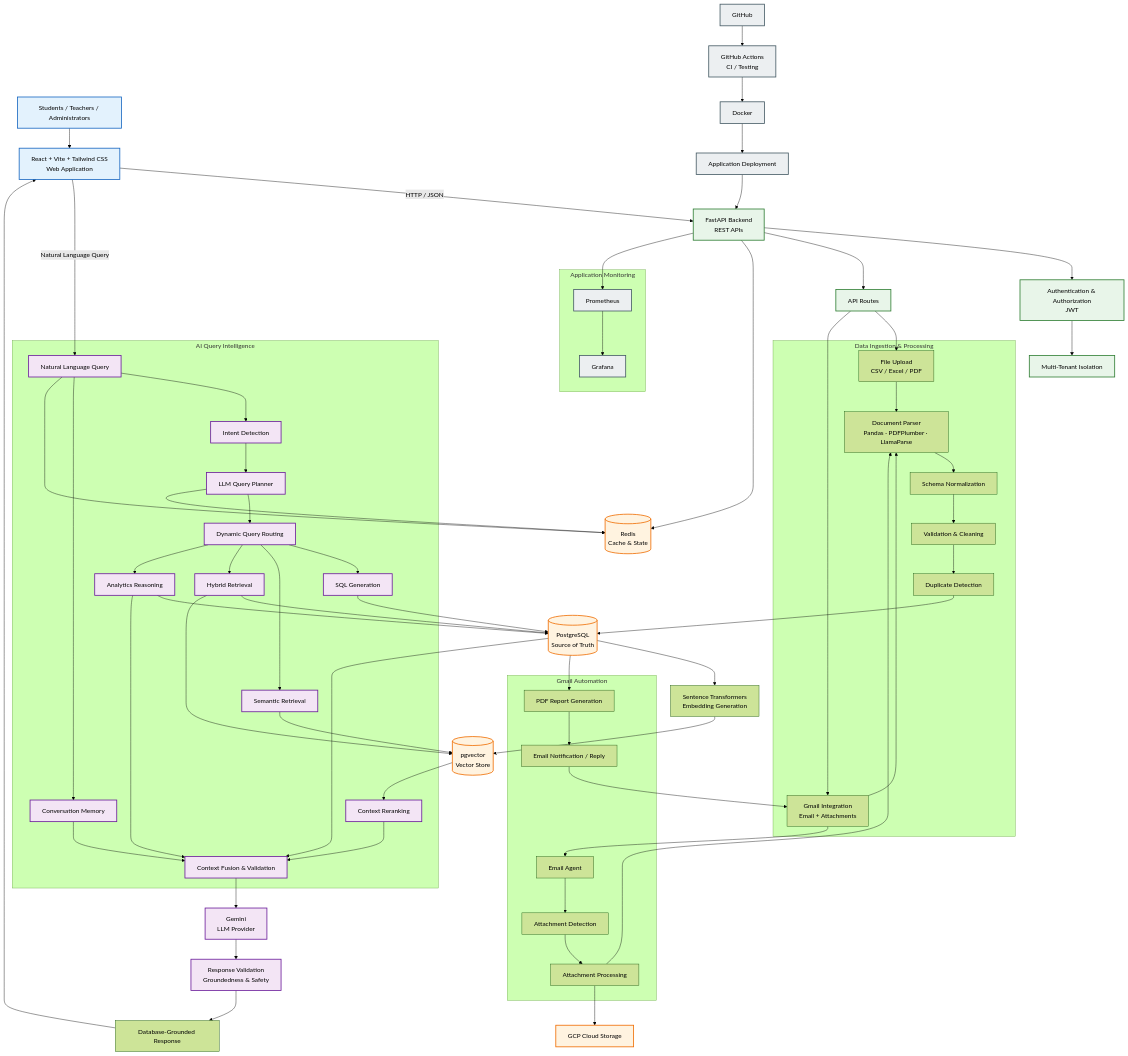
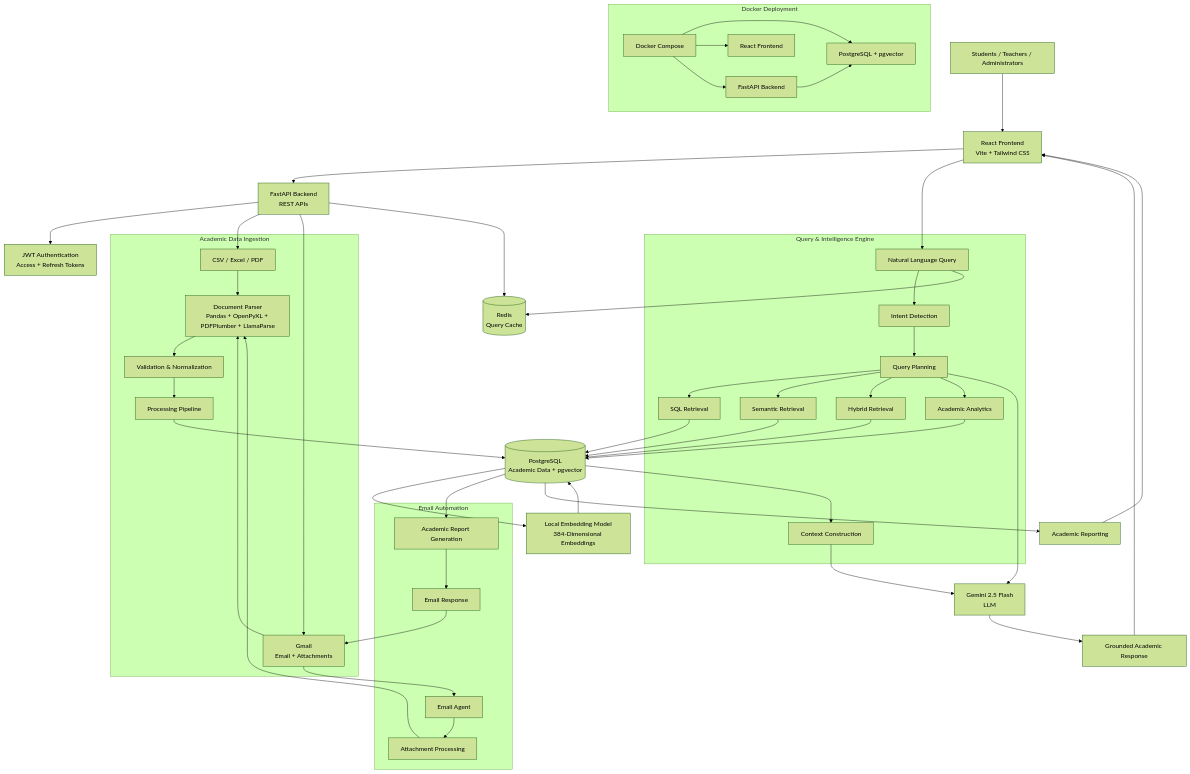
Before and after one commit to 3015pavan/Acadence-Ai: the diagram in README.md, drawn with Mermaid (forest theme).

````diff
--- a/README.md
+++ b/README.md
@@ -17,253 +16,172 @@
 ```mermaid
 flowchart TB
 
-    %% =========================
-    %% USERS & FRONTEND
-    %% =========================
+    USER[Students / Teachers / Administrators]
 
-    USERS[Students / Teachers / Administrators]
+    FRONTEND[React Frontend<br/>Vite + Tailwind CSS]
 
-    FRONTEND[React + Vite + Tailwind CSS<br/>Web Application]
+    BACKEND[FastAPI Backend<br/>REST APIs]
 
-    USERS --> FRONTEND
+    AUTH[JWT Authentication<br/>Access + Refresh Tokens]
 
-    %% =========================
-    %% BACKEND
-    %% =========================
-
-    API[FastAPI Backend<br/>REST APIs]
-
-    FRONTEND -->|HTTP / JSON| API
-
-    AUTH[Authentication & Authorization<br/>JWT]
-    ROUTES[API Routes]
-    TENANT[Multi-Tenant Isolation]
-
-    API --> AUTH
-    API --> ROUTES
-    AUTH --> TENANT
+    USER --> FRONTEND
+    FRONTEND --> BACKEND
+    BACKEND --> AUTH
 
     %% =========================
     %% DATA INGESTION
     %% =========================
 
-    subgraph INGESTION["Data Ingestion & Processing"]
+    subgraph INGESTION["Academic Data Ingestion"]
 
-        UPLOAD[File Upload<br/>CSV / Excel / PDF]
+        FILES[CSV / Excel / PDF]
 
-        GMAIL[Gmail Integration<br/>Email + Attachments]
+        GMAIL[Gmail<br/>Email + Attachments]
 
-        PARSER[Document Parser<br/>Pandas · PDFPlumber · LlamaParse]
+        PARSER[Document Parser<br/>Pandas + OpenPyXL + PDFPlumber + LlamaParse]
 
-        NORMALIZE[Schema Normalization]
+        VALIDATE[Validation & Normalization]
 
-        VALIDATE[Validation & Cleaning]
-
-        DEDUP[Duplicate Detection]
+        PIPELINE[Processing Pipeline]
 
     end
 
-    ROUTES --> UPLOAD
-    ROUTES --> GMAIL
+    BACKEND --> FILES
+    BACKEND --> GMAIL
 
-    UPLOAD --> PARSER
+    FILES --> PARSER
     GMAIL --> PARSER
-
-    PARSER --> NORMALIZE
-    NORMALIZE --> VALIDATE
-    VALIDATE --> DEDUP
+    PARSER --> VALIDATE
+    VALIDATE --> PIPELINE
 
     %% =========================
     %% DATABASE
     %% =========================
 
-    POSTGRES[(PostgreSQL<br/>Source of Truth)]
+    POSTGRES[(PostgreSQL<br/>Academic Data + pgvector)]
 
-    DEDUP --> POSTGRES
+    PIPELINE --> POSTGRES
 
     %% =========================
-    %% EMBEDDING & VECTOR SEARCH
+    %% QUERY ENGINE
     %% =========================
 
-    EMBEDDING[Sentence Transformers<br/>Embedding Generation]
+    subgraph QUERY["Query & Intelligence Engine"]
 
-    PGVECTOR[(pgvector<br/>Vector Store)]
-
-    POSTGRES --> EMBEDDING
-    EMBEDDING --> PGVECTOR
-
-    %% =========================
-    %% QUERY INTELLIGENCE
-    %% =========================
-
-    subgraph INTELLIGENCE["AI Query Intelligence"]
-
-        QUERY[Natural Language Query]
+        QUERY_INPUT[Natural Language Query]
 
         INTENT[Intent Detection]
 
-        PLANNER[LLM Query Planner]
+        PLANNER[Query Planning]
 
-        ROUTER[Dynamic Query Routing]
-
-        SQLGEN[SQL Generation]
+        SQL[SQL Retrieval]
 
         SEMANTIC[Semantic Retrieval]
 
         HYBRID[Hybrid Retrieval]
 
-        ANALYTICS[Analytics Reasoning]
+        ANALYTICS[Academic Analytics]
 
-        RERANK[Context Reranking]
-
-        CONTEXT[Context Fusion & Validation]
-
-        MEMORY[Conversation Memory]
+        CONTEXT[Context Construction]
 
     end
 
-    FRONTEND -->|Natural Language Query| QUERY
+    FRONTEND --> QUERY_INPUT
 
-    QUERY --> INTENT
+    QUERY_INPUT --> INTENT
     INTENT --> PLANNER
-    PLANNER --> ROUTER
 
-    ROUTER --> SQLGEN
-    ROUTER --> SEMANTIC
-    ROUTER --> HYBRID
-    ROUTER --> ANALYTICS
+    PLANNER --> SQL
+    PLANNER --> SEMANTIC
+    PLANNER --> HYBRID
+    PLANNER --> ANALYTICS
 
-    %% Structured retrieval
-
-    SQLGEN --> POSTGRES
-
-    %% Semantic retrieval
-
-    SEMANTIC --> PGVECTOR
-    PGVECTOR --> RERANK
-
-    %% Hybrid retrieval
-
+    SQL --> POSTGRES
+    SEMANTIC --> POSTGRES
     HYBRID --> POSTGRES
-    HYBRID --> PGVECTOR
-
-    %% Analytics
-
     ANALYTICS --> POSTGRES
 
-    %% Context construction
-
     POSTGRES --> CONTEXT
-    RERANK --> CONTEXT
-    ANALYTICS --> CONTEXT
-
-    QUERY --> MEMORY
-    MEMORY --> CONTEXT
 
     %% =========================
-    %% LLM
+    %% AI LAYER
     %% =========================
 
-    LLM[Gemini<br/>LLM Provider]
+    EMBEDDING[Local Embedding Model<br/>384-Dimensional Embeddings]
 
-    CONTEXT --> LLM
+    GEMINI[Gemini 2.5 Flash<br/>LLM]
 
-    LLM --> VALIDATION[Response Validation<br/>Groundedness & Safety]
+    POSTGRES --> EMBEDDING
+    EMBEDDING --> POSTGRES
 
-    VALIDATION --> RESPONSE[Database-Grounded Response]
+    CONTEXT --> GEMINI
+    PLANNER --> GEMINI
+
+    GEMINI --> RESPONSE[Grounded Academic Response]
 
     RESPONSE --> FRONTEND
 
     %% =========================
-    %% REDIS
+    %% CACHE
     %% =========================
 
-    REDIS[(Redis<br/>Cache & State)]
+    REDIS[(Redis<br/>Query Cache)]
 
-    API --> REDIS
-    QUERY --> REDIS
-    PLANNER --> REDIS
+    BACKEND --> REDIS
+    QUERY_INPUT --> REDIS
 
     %% =========================
     %% EMAIL AUTOMATION
     %% =========================
 
-    subgraph EMAIL["Gmail Automation"]
+    subgraph EMAIL["Email Automation"]
 
         AGENT[Email Agent]
 
-        ATTACHMENT[Attachment Detection]
+        ATTACHMENT[Attachment Processing]
 
-        PROCESS[Attachment Processing]
+        REPORT[Academic Report Generation]
 
-        REPORT[PDF Report Generation]
-
-        NOTIFY[Email Notification / Reply]
+        SMTP[Email Response]
 
     end
 
     GMAIL --> AGENT
     AGENT --> ATTACHMENT
-    ATTACHMENT --> PROCESS
-    PROCESS --> PARSER
+    ATTACHMENT --> PARSER
 
     POSTGRES --> REPORT
-    REPORT --> NOTIFY
-    NOTIFY --> GMAIL
+    REPORT --> SMTP
+    SMTP --> GMAIL
 
     %% =========================
-    %% CLOUD STORAGE
+    %% REPORTING
     %% =========================
 
-    STORAGE[GCP Cloud Storage]
+    REPORTING[Academic Reporting]
 
-    PROCESS --> STORAGE
+    POSTGRES --> REPORTING
+    REPORTING --> FRONTEND
 
     %% =========================
-    %% OBSERVABILITY
+    %% DEPLOYMENT
     %% =========================
 
-    subgraph OBSERVABILITY["Application Monitoring"]
+    subgraph DEPLOYMENT["Docker Deployment"]
 
-        PROMETHEUS[Prometheus]
+        DOCKER[Docker Compose]
 
-        GRAFANA[Grafana]
+        DATABASE[PostgreSQL + pgvector]
+
+        API_CONTAINER[FastAPI Backend]
+
+        WEB_CONTAINER[React Frontend]
 
     end
 
-    API --> PROMETHEUS
-    PROMETHEUS --> GRAFANA
+    DOCKER --> DATABASE
+    DOCKER --> API_CONTAINER
+    DOCKER --> WEB_CONTAINER
 
-    %% =========================
-    %% CI/CD
-    %% =========================
-
-    GITHUB[GitHub]
-
-    CI[GitHub Actions<br/>CI / Testing]
-
-    DOCKER[Docker]
-
-    DEPLOY[Application Deployment]
-
-    GITHUB --> CI
-    CI --> DOCKER
-    DOCKER --> DEPLOY
-    DEPLOY --> API
-
-    %% =========================
-    %% STYLING
-    %% =========================
-
-    classDef client fill:#e3f2fd,stroke:#1565c0,stroke-width:2px;
-    classDef backend fill:#e8f5e9,stroke:#2e7d32,stroke-width:2px;
-    classDef data fill:#fff3e0,stroke:#ef6c00,stroke-width:2px;
-    classDef ai fill:#f3e5f5,stroke:#6a1b9a,stroke-width:2px;
-    classDef infra fill:#eceff1,stroke:#455a64,stroke-width:2px;
-
-    class USERS,FRONTEND client;
-    class API,AUTH,ROUTES,TENANT backend;
-    class POSTGRES,PGVECTOR,REDIS,STORAGE data;
-    class QUERY,INTENT,PLANNER,ROUTER,SQLGEN,SEMANTIC,HYBRID,ANALYTICS,RERANK,CONTEXT,MEMORY,LLM,VALIDATION ai;
-    class GITHUB,CI,DOCKER,DEPLOY,PROMETHEUS,GRAFANA infra;
+    API_CONTAINER --> DATABASE
 ```
````
